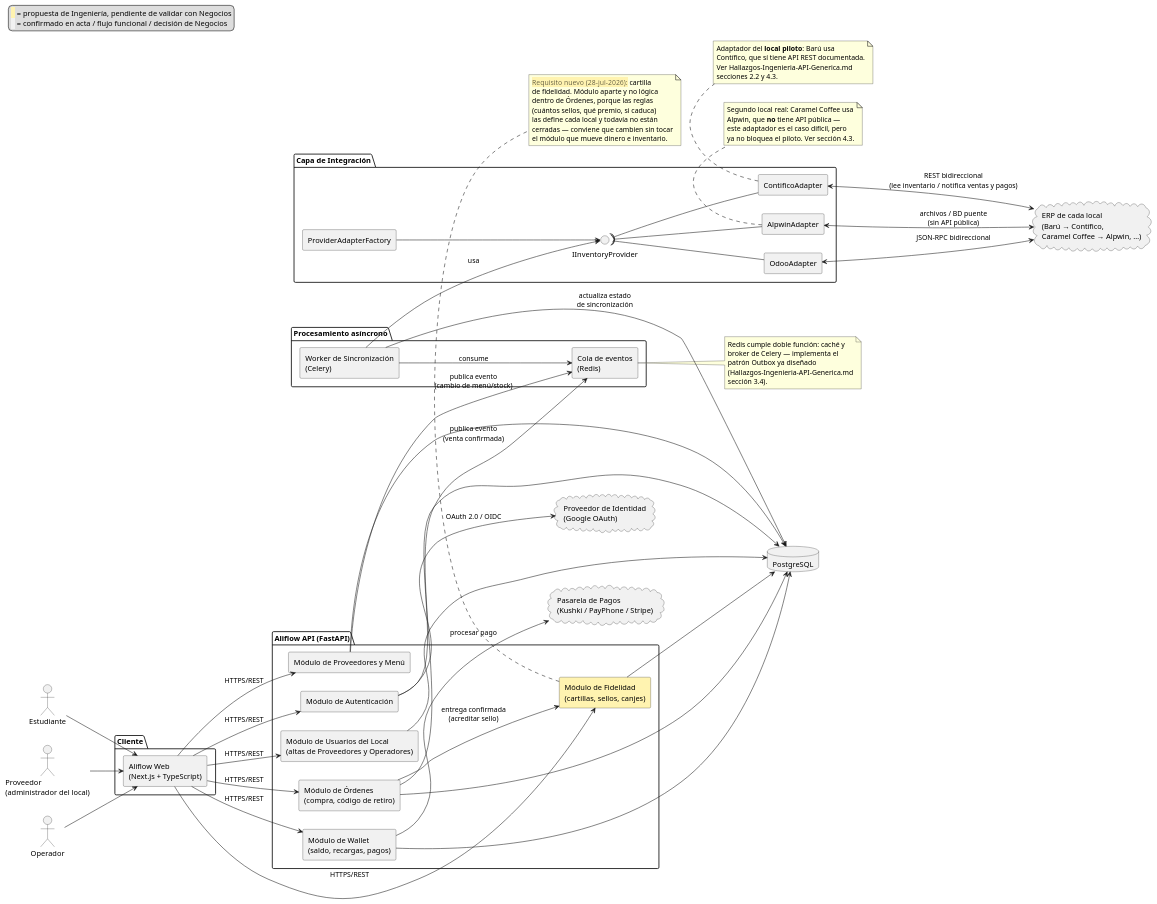
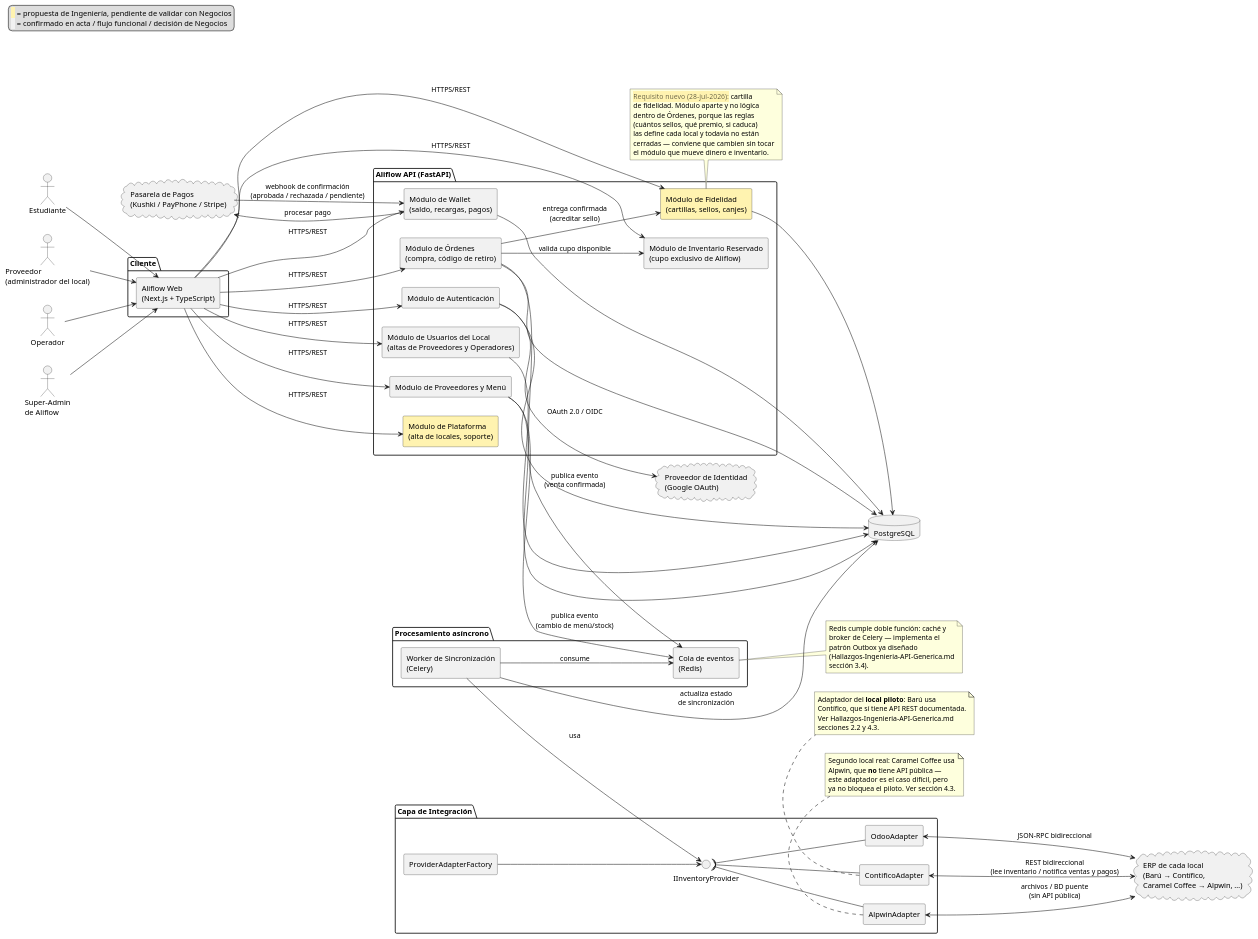
One commit to Jesus-JB/aliflow changed the diagram in uml/diagrama-componentes.puml. Above: the diagram before and after it, drawn with PlantUML. The commit also changed 17 other files, not shown here.

```diff
--- a/uml/diagrama-componentes.puml
+++ b/uml/diagrama-componentes.puml
@@ -1,117 +1,126 @@
 @startuml diagrama-componentes-aliflow
 
 skinparam componentStyle rectangle
 left to right direction
 
 legend top left
   <back:#FFF3B0>  </back> = propuesta de Ingeniería, pendiente de validar con Negocios
   <back:#F1F1F1>  </back> = confirmado en acta / flujo funcional / decisión de Negocios
 endlegend
 
 actor Estudiante
 actor "Proveedor\n(administrador del local)" as Proveedor
 actor Operador
+actor "Super-Admin\nde Aliflow" as SuperAdmin
 
 package "Cliente" {
   [Aliflow Web\n(Next.js + TypeScript)] as WEB
 }
 
 package "Aliflow API (FastAPI)" {
   [Módulo de Autenticación] as AUTH
   [Módulo de Wallet\n(saldo, recargas, pagos)] as WALLET
   [Módulo de Órdenes\n(compra, código de retiro)] as ORDERS
   [Módulo de Proveedores y Menú] as PROVMOD
+  [Módulo de Inventario Reservado\n(cupo exclusivo de Aliflow)] as INVMOD
   [Módulo de Usuarios del Local\n(altas de Proveedores y Operadores)] as USERMOD
   [Módulo de Fidelidad\n(cartillas, sellos, canjes)] as LOYALTY #FFF3B0
+  [Módulo de Plataforma\n(alta de locales, soporte)] as PLATMOD #FFF3B0
 }
 
 package "Capa de Integración" {
   interface IInventoryProvider
   [ProviderAdapterFactory] as FACTORY
   [ContificoAdapter] as CONTIFICOA
   [AlpwinAdapter] as ALPWINA
   [OdooAdapter] as ODOOA
 
   FACTORY --> IInventoryProvider
   CONTIFICOA -up-( IInventoryProvider
   ALPWINA -up-( IInventoryProvider
   ODOOA -up-( IInventoryProvider
 }
 
 package "Procesamiento asíncrono" {
   [Cola de eventos\n(Redis)] as QUEUE
   [Worker de Sincronización\n(Celery)] as WORKER
 }
 
 database "PostgreSQL" as DB
 
 cloud "Proveedor de Identidad\n(Google OAuth)" as IDP
 cloud "Pasarela de Pagos\n(Kushki / PayPhone / Stripe)" as PAY
 cloud "ERP de cada local\n(Barú → Contífico,\nCaramel Coffee → Alpwin, …)" as ERP
 
 Estudiante --> WEB
 Proveedor --> WEB
 Operador --> WEB
+SuperAdmin --> WEB
 
 WEB --> AUTH : HTTPS/REST
 WEB --> WALLET : HTTPS/REST
 WEB --> ORDERS : HTTPS/REST
 WEB --> PROVMOD : HTTPS/REST
+WEB --> INVMOD : HTTPS/REST
 WEB --> USERMOD : HTTPS/REST
+WEB --> PLATMOD : HTTPS/REST
+
+ORDERS --> INVMOD : valida cupo disponible
+PAY --> WALLET : webhook de confirmación\n(aprobada / rechazada / pendiente)
 WEB --> LOYALTY : HTTPS/REST
 
 AUTH --> IDP : OAuth 2.0 / OIDC
 WALLET --> PAY : procesar pago
 
 AUTH --> DB
 WALLET --> DB
 ORDERS --> DB
 PROVMOD --> DB
 USERMOD --> DB
 LOYALTY --> DB
 
 ORDERS --> LOYALTY : entrega confirmada\n(acreditar sello)
 ORDERS --> QUEUE : publica evento\n(venta confirmada)
 PROVMOD --> QUEUE : publica evento\n(cambio de menú/stock)
 
 WORKER --> QUEUE : consume
 WORKER --> IInventoryProvider : usa
 WORKER --> DB : actualiza estado\nde sincronización
 
 CONTIFICOA <--> ERP : REST bidireccional\n(lee inventario / notifica ventas y pagos)
 ODOOA <--> ERP : JSON-RPC bidireccional
 ALPWINA <--> ERP : archivos / BD puente\n(sin API pública)
 
 note bottom of CONTIFICOA
   Adaptador del **local piloto**: Barú usa
   Contífico, que sí tiene API REST documentada.
   Ver Hallazgos-Ingenieria-API-Generica.md
   secciones 2.2 y 4.3.
 end note
 
 note bottom of ALPWINA
   Segundo local real: Caramel Coffee usa
   Alpwin, que **no** tiene API pública —
   este adaptador es el caso difícil, pero
   ya no bloquea el piloto. Ver sección 4.3.
 end note
 
 note bottom of LOYALTY
   <back:#FFF3B0>Requisito nuevo (28-jul-2026):</back> cartilla
   de fidelidad. Módulo aparte y no lógica
   dentro de Órdenes, porque las reglas
   (cuántos sellos, qué premio, si caduca)
   las define cada local y todavía no están
   cerradas — conviene que cambien sin tocar
   el módulo que mueve dinero e inventario.
 end note
 
 note right of QUEUE
   Redis cumple doble función: caché y
   broker de Celery — implementa el
   patrón Outbox ya diseñado
   (Hallazgos-Ingenieria-API-Generica.md
   sección 3.4).
 end note
 
 @enduml
```
